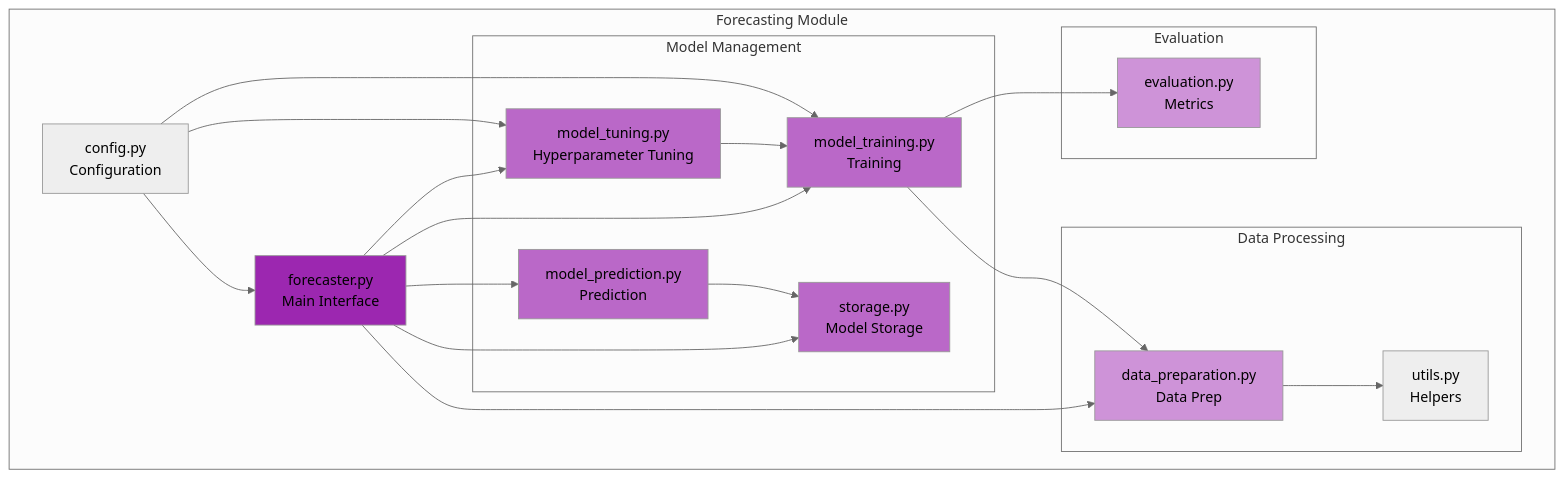
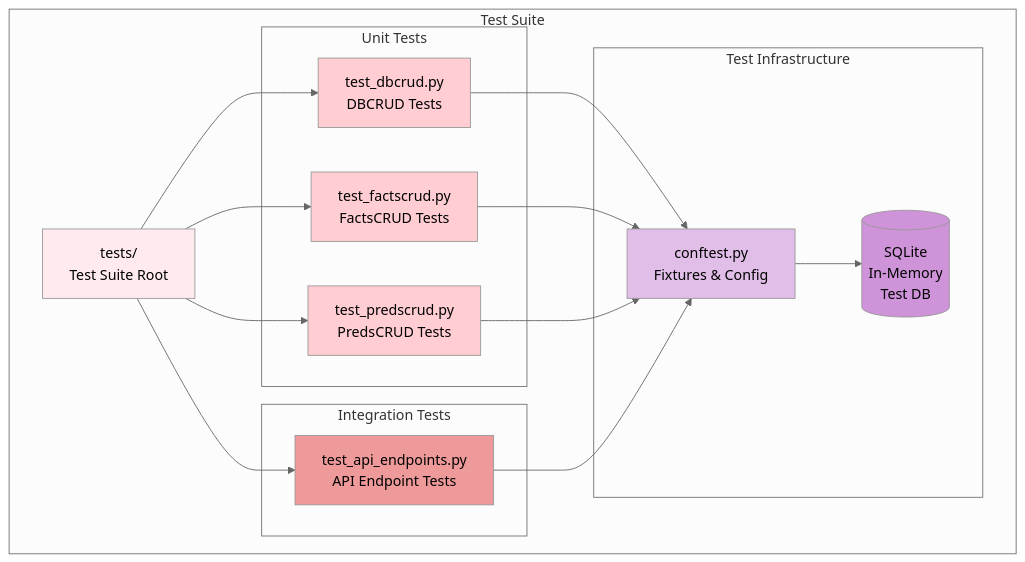
Before and after one commit to sweetd0vee/dashboard: the fourth of 16 diagrams in docs/ARCHITECTURE.md, drawn with Mermaid (neutral theme). The commit also changed other lines of this file, not shown here.

Commit message:
added architecture

````diff
--- a/docs/ARCHITECTURE.md
+++ b/docs/ARCHITECTURE.md
@@ -183,48 +223,41 @@
 ```mermaid
 graph TB
-    subgraph "Forecasting Module"
-        Forecaster[forecaster.py<br/>Main Interface]
+    subgraph "Test Suite"
+        TestMain[tests/<br/>Test Suite Root]
         
-        subgraph "Data Processing"
-            Prep[data_preparation.py<br/>Data Prep]
-            Utils[utils.py<br/>Helpers]
+        subgraph "Unit Tests"
+            TestDB[test_dbcrud.py<br/>DBCRUD Tests]
+            TestFacts[test_factscrud.py<br/>FactsCRUD Tests]
+            TestPreds[test_predscrud.py<br/>PredsCRUD Tests]
         end
         
-        subgraph "Model Management"
-            Train[model_training.py<br/>Training]
-            Tune[model_tuning.py<br/>Hyperparameter Tuning]
-            Predict[model_prediction.py<br/>Prediction]
-            Storage[storage.py<br/>Model Storage]
+        subgraph "Integration Tests"
+            TestAPI[test_api_endpoints.py<br/>API Endpoint Tests]
         end
         
-        subgraph "Evaluation"
-            Eval[evaluation.py<br/>Metrics]
+        subgraph "Test Infrastructure"
+            Conftest[conftest.py<br/>Fixtures & Config]
+            TestDB_Instance[(SQLite<br/>In-Memory<br/>Test DB)]
         end
-        
-        Config[config.py<br/>Configuration]
     end
     
-    Forecaster --> Prep
-    Forecaster --> Train
-    Forecaster --> Tune
-    Forecaster --> Predict
-    Forecaster --> Storage
+    TestMain --> TestDB
+    TestMain --> TestFacts
+    TestMain --> TestPreds
+    TestMain --> TestAPI
     
-    Train --> Prep
-    Train --> Eval
-    Tune --> Train
-    Predict --> Storage
-    Prep --> Utils
+    TestDB --> Conftest
+    TestFacts --> Conftest
+    TestPreds --> Conftest
+    TestAPI --> Conftest
     
-    Config --> Forecaster
-    Config --> Train
-    Config --> Tune
+    Conftest --> TestDB_Instance
     
-    style Forecaster fill:#9c27b0
-    style Train fill:#ba68c8
-    style Tune fill:#ba68c8
-    style Predict fill:#ba68c8
-    style Storage fill:#ba68c8
-    style Prep fill:#ce93d8
-    style Eval fill:#ce93d8
+    style TestMain fill:#ffebee
+    style TestDB fill:#ffcdd2
+    style TestFacts fill:#ffcdd2
+    style TestPreds fill:#ffcdd2
+    style TestAPI fill:#ef9a9a
+    style Conftest fill:#e1bee7
+    style TestDB_Instance fill:#ce93d8
 ```
````
